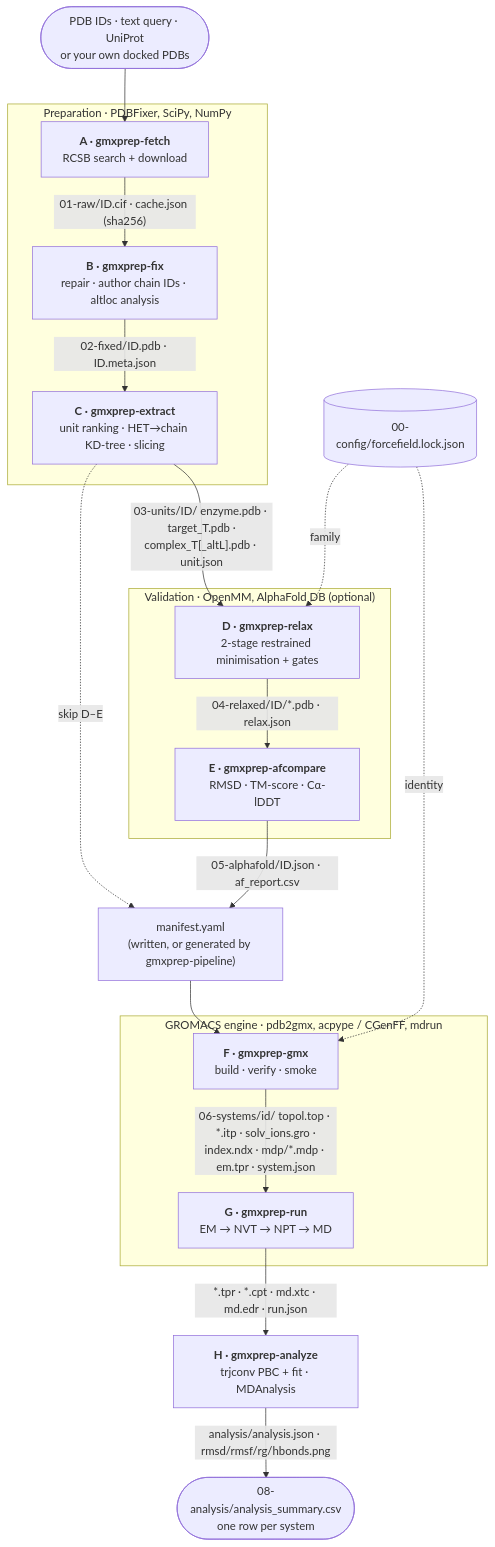
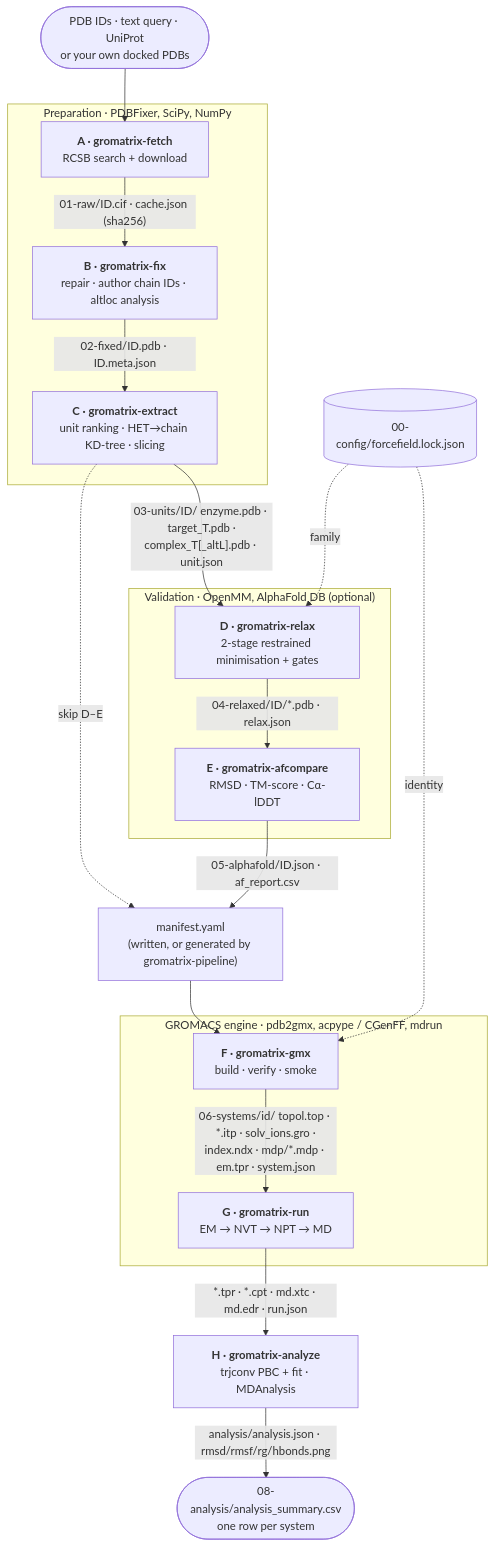
The second of 2 diagrams in README.md (markbujehein/gromatrix), drawn with Mermaid before and after one commit. The commit also changed other lines of this file and 43 other files, not shown here.

First line of the commit message:
Rename every gmxprep-* command to gromatrix-*; add mise.toml

````diff
--- a/README.md
+++ b/README.md
@@ -103,36 +103,36 @@
 ```mermaid
 flowchart TB
     IN(["PDB IDs · text query · UniProt<br/>or your own docked PDBs"]) --> A
     LOCK[("00-config/forcefield.lock.json")]
 
     subgraph PREP["Preparation · PDBFixer, SciPy, NumPy"]
-        A["<b>A · gmxprep-fetch</b><br/>RCSB search + download"]
-        B["<b>B · gmxprep-fix</b><br/>repair · author chain IDs · altloc analysis"]
-        C["<b>C · gmxprep-extract</b><br/>unit ranking · HET→chain KD-tree · slicing"]
+        A["<b>A · gromatrix-fetch</b><br/>RCSB search + download"]
+        B["<b>B · gromatrix-fix</b><br/>repair · author chain IDs · altloc analysis"]
+        C["<b>C · gromatrix-extract</b><br/>unit ranking · HET→chain KD-tree · slicing"]
         A -->|"01-raw/ID.cif · cache.json (sha256)"| B
         B -->|"02-fixed/ID.pdb · ID.meta.json"| C
     end
 
     subgraph VAL["Validation · OpenMM, AlphaFold DB (optional)"]
-        D["<b>D · gmxprep-relax</b><br/>2-stage restrained minimisation + gates"]
-        E["<b>E · gmxprep-afcompare</b><br/>RMSD · TM-score · Cα-lDDT"]
+        D["<b>D · gromatrix-relax</b><br/>2-stage restrained minimisation + gates"]
+        E["<b>E · gromatrix-afcompare</b><br/>RMSD · TM-score · Cα-lDDT"]
         D -->|"04-relaxed/ID/*.pdb · relax.json"| E
     end
 
     C -->|"03-units/ID/ enzyme.pdb · target_T.pdb ·<br/>complex_T[_altL].pdb · unit.json"| D
     C -.->|"skip D–E"| MAN
-    E -->|"05-alphafold/ID.json · af_report.csv"| MAN["manifest.yaml<br/>(written, or generated by gmxprep-pipeline)"]
+    E -->|"05-alphafold/ID.json · af_report.csv"| MAN["manifest.yaml<br/>(written, or generated by gromatrix-pipeline)"]
 
     subgraph GMX["GROMACS engine · pdb2gmx, acpype / CGenFF, mdrun"]
-        F["<b>F · gmxprep-gmx</b><br/>build · verify · smoke"]
-        G["<b>G · gmxprep-run</b><br/>EM → NVT → NPT → MD"]
+        F["<b>F · gromatrix-gmx</b><br/>build · verify · smoke"]
+        G["<b>G · gromatrix-run</b><br/>EM → NVT → NPT → MD"]
         F -->|"06-systems/id/ topol.top · *.itp · solv_ions.gro ·<br/>index.ndx · mdp/*.mdp · em.tpr · system.json"| G
     end
 
     MAN --> F
-    G -->|"*.tpr · *.cpt · md.xtc · md.edr · run.json"| H["<b>H · gmxprep-analyze</b><br/>trjconv PBC + fit · MDAnalysis"]
+    G -->|"*.tpr · *.cpt · md.xtc · md.edr · run.json"| H["<b>H · gromatrix-analyze</b><br/>trjconv PBC + fit · MDAnalysis"]
     H -->|"analysis/analysis.json · rmsd/rmsf/rg/hbonds.png"| OUT(["08-analysis/analysis_summary.csv<br/>one row per system"])
 
     LOCK -.->|"family"| D
     LOCK -.->|"identity"| F
 ```
````
